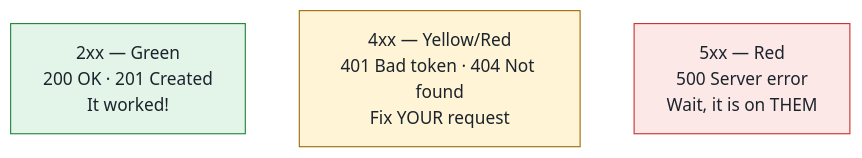
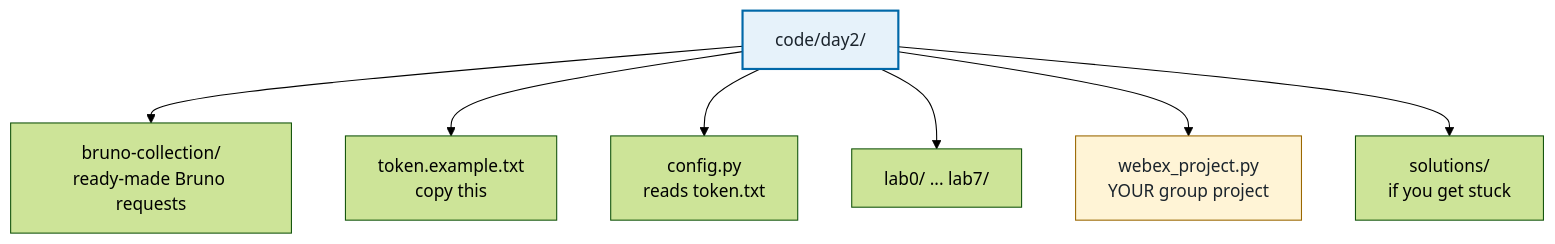
One commit to mohammusal/Cisco-Technology-Experience changed the first of 3 diagrams in docs/day2/lab1-rest.md. Above: the diagram before and after it, drawn with Mermaid (forest theme). The commit also changed other lines of this file and 15 other files, not shown here.

Commit message:
Add Day 2 Lab 0 API core principles with Present Mode and consolidate Lab 1

````diff
--- a/docs/day2/lab1-rest.md
+++ b/docs/day2/lab1-rest.md
@@ -23,7 +48,11 @@
 ```mermaid
-flowchart LR
-    S2["2xx — Green<br/>200 OK · 201 Created<br/>It worked!"] ~~~ S4["4xx — Yellow/Red<br/>401 Bad token · 404 Not found<br/>Fix YOUR request"] ~~~ S5["5xx — Red<br/>500 Server error<br/>Wait, it is on THEM"]
-    style S2 fill:#e3f4e8,stroke:#1a7f37,color:#1b242c
-    style S4 fill:#fff4d6,stroke:#9a6700,color:#1b242c
-    style S5 fill:#fde8e8,stroke:#c92a2a,color:#1b242c
+flowchart TD
+    D["code/day2/"] --> B["bruno-collection/<br/>ready-made Bruno requests"]
+    D --> T["token.example.txt<br/>copy this"]
+    D --> C["config.py<br/>reads token.txt"]
+    D --> L["lab0/ ... lab7/"]
+    D --> P["webex_project.py<br/>YOUR group project"]
+    D --> S["solutions/<br/>if you get stuck"]
+    style D fill:#e6f2fa,stroke:#0068a8,stroke-width:2px,color:#1b242c
+    style P fill:#fff4d6,stroke:#9a6700,color:#1b242c
 ```
````
